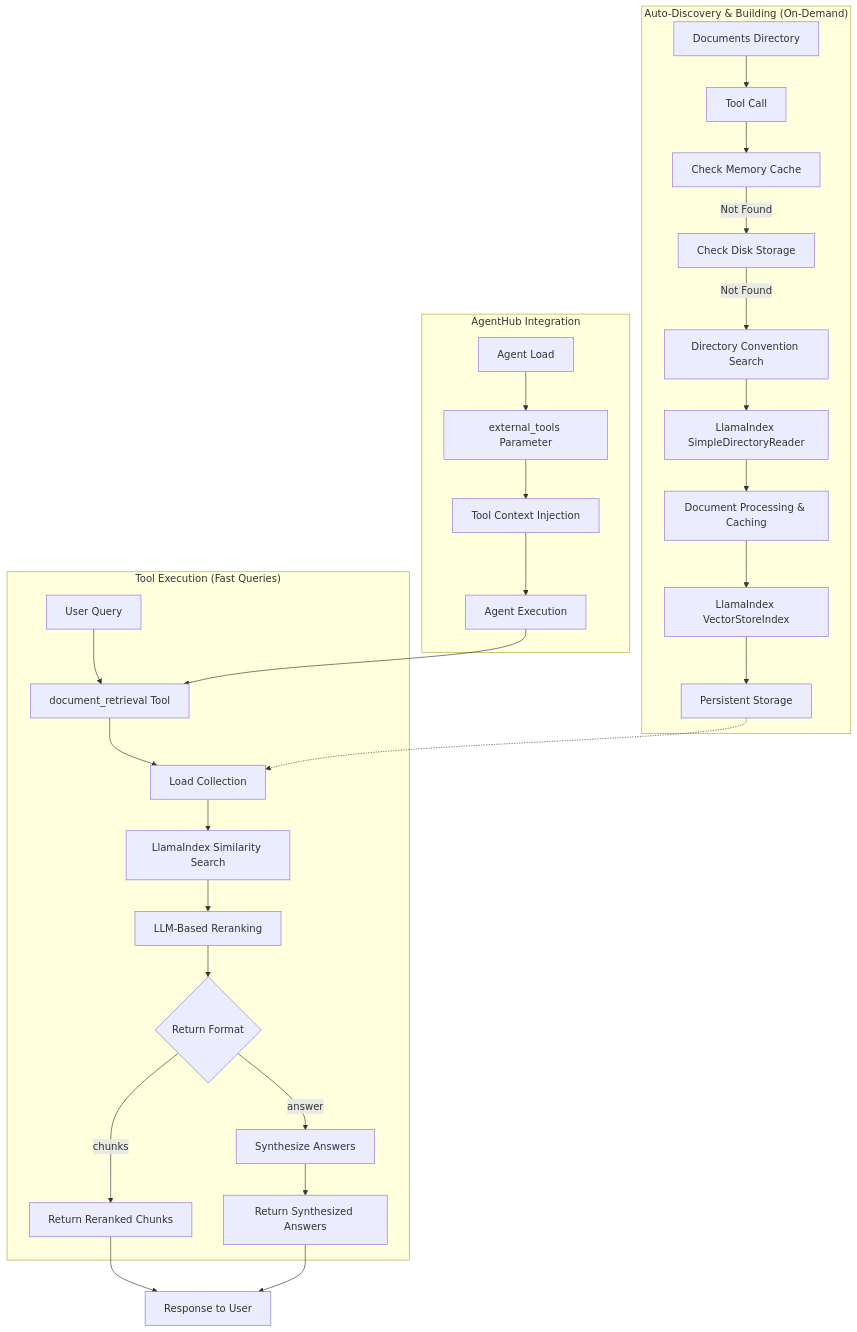
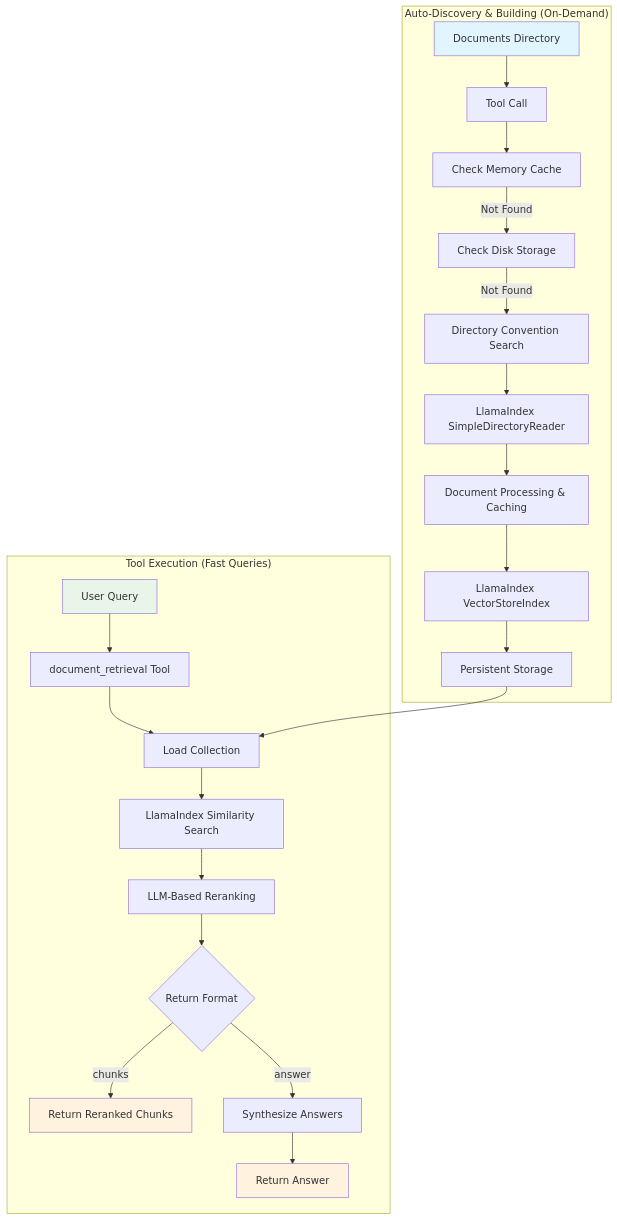
Before and after one commit to agentplug/agenthub: the diagram in docs/.implementation_design/phase3.3_mcp_tools/document_retrieval_tool_design.md, drawn with Mermaid. The commit also changed other lines of this file, not shown here.

First line of the commit message:
refactor: restructure document_retrieval_tool_design.md for better organization

````diff
--- a/docs/.implementation_design/phase3.3_mcp_tools/document_retrieval_tool_design.md
+++ b/docs/.implementation_design/phase3.3_mcp_tools/document_retrieval_tool_design.md
@@ -30,35 +28,30 @@
 ```mermaid
 graph TB
     subgraph "Auto-Discovery & Building (On-Demand)"
         A[Documents Directory] --> B[Tool Call]
         B --> C[Check Memory Cache]
         C -->|Not Found| D[Check Disk Storage]
         D -->|Not Found| E[Directory Convention Search]
         E --> F[LlamaIndex SimpleDirectoryReader]
         F --> G[Document Processing & Caching]
         G --> H[LlamaIndex VectorStoreIndex]
         H --> I[Persistent Storage]
     end
     
     subgraph "Tool Execution (Fast Queries)"
         J[User Query] --> K[document_retrieval Tool]
         K --> L[Load Collection]
         L --> M[LlamaIndex Similarity Search]
         M --> N[LLM-Based Reranking]
         N --> O{Return Format}
         O -->|chunks| P[Return Reranked Chunks]
         O -->|answer| Q[Synthesize Answers]
-        Q --> R[Return Synthesized Answers]
+        Q --> R[Return Answer]
     end
     
-    subgraph "AgentHub Integration"
-        S[Agent Load] --> T[external_tools Parameter]
-        T --> U[Tool Context Injection]
-        U --> V[Agent Execution]
-        V --> K
-    end
-    
-    I -.-> L
-    P --> W[Response to User]
-    R --> W
+    I --> L
+    style A fill:#e1f5fe
+    style J fill:#e8f5e8
+    style P fill:#fff3e0
+    style R fill:#fff3e0
 ```
````
